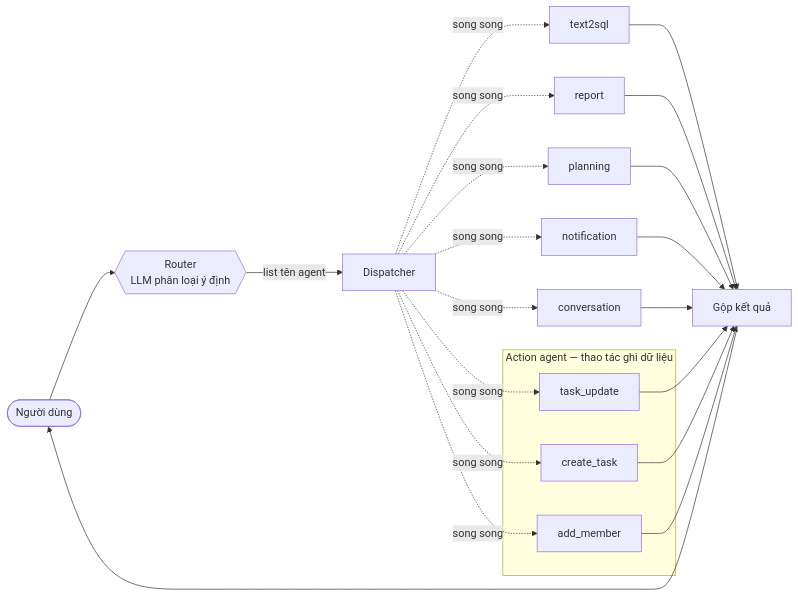
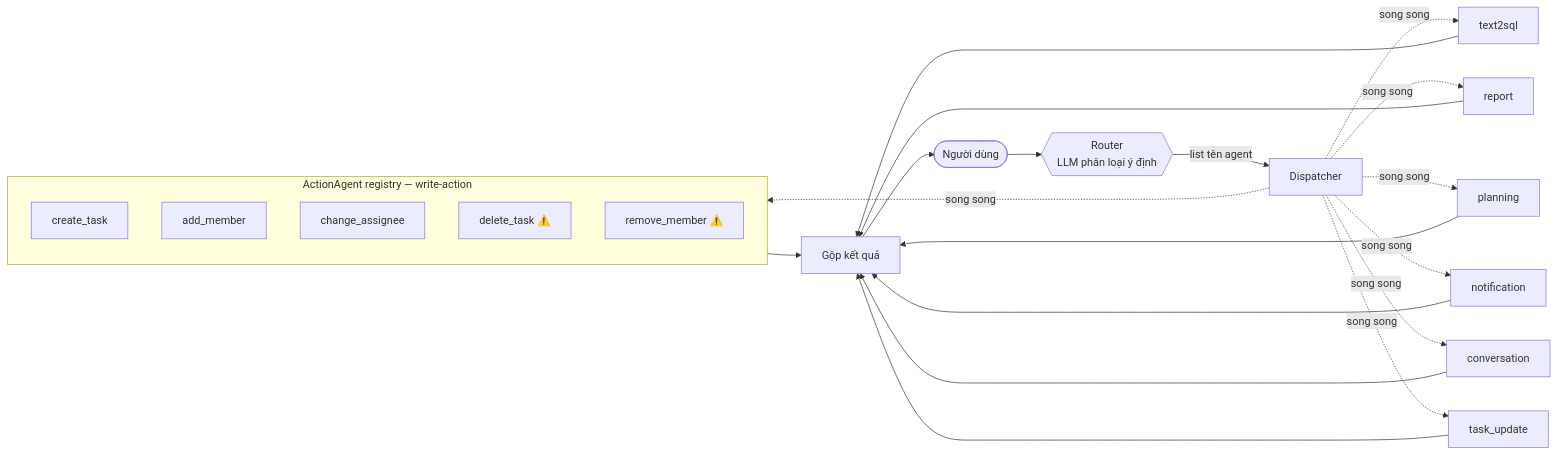
One commit to dangtrantanluc/agent-project-manager changed the first of 3 diagrams in README.md. Above: the diagram before and after it, drawn with Mermaid. The commit also changed other lines of this file and 18 other files, not shown here.

First line of the commit message:
feat(agent): ActionAgent registry + change_assignee/delete_task/remove_member

````diff
--- a/README.md
+++ b/README.md
@@ -43,21 +43,22 @@
 ```mermaid
 flowchart LR
     U([Người dùng]) --> R{{Router<br/>LLM phân loại ý định}}
     R -->|list tên agent| D[Dispatcher]
     D -.song song.-> A1[text2sql]
     D -.song song.-> A2[report]
     D -.song song.-> A3[planning]
     D -.song song.-> A4[notification]
     D -.song song.-> A8[conversation]
-    subgraph ACT[Action agent — thao tác ghi dữ liệu]
-        A5[task_update]
+    D -.song song.-> A5[task_update]
+    subgraph ACT[ActionAgent registry — write-action]
         A6[create_task]
         A7[add_member]
+        A9[change_assignee]
+        A10["delete_task ⚠️"]
+        A11["remove_member ⚠️"]
     end
-    D -.song song.-> A5
-    D -.song song.-> A6
-    D -.song song.-> A7
-    A1 & A2 & A3 & A4 & A8 --> C[Gộp kết quả]
-    A5 & A6 & A7 --> C
+    D -.song song.-> ACT
+    A1 & A2 & A3 & A4 & A8 & A5 --> C[Gộp kết quả]
+    ACT --> C
     C --> U
 ```
````
